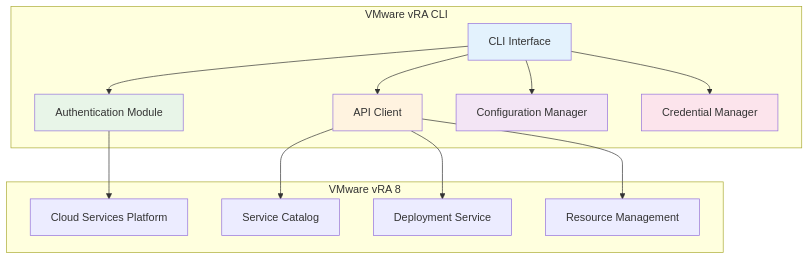
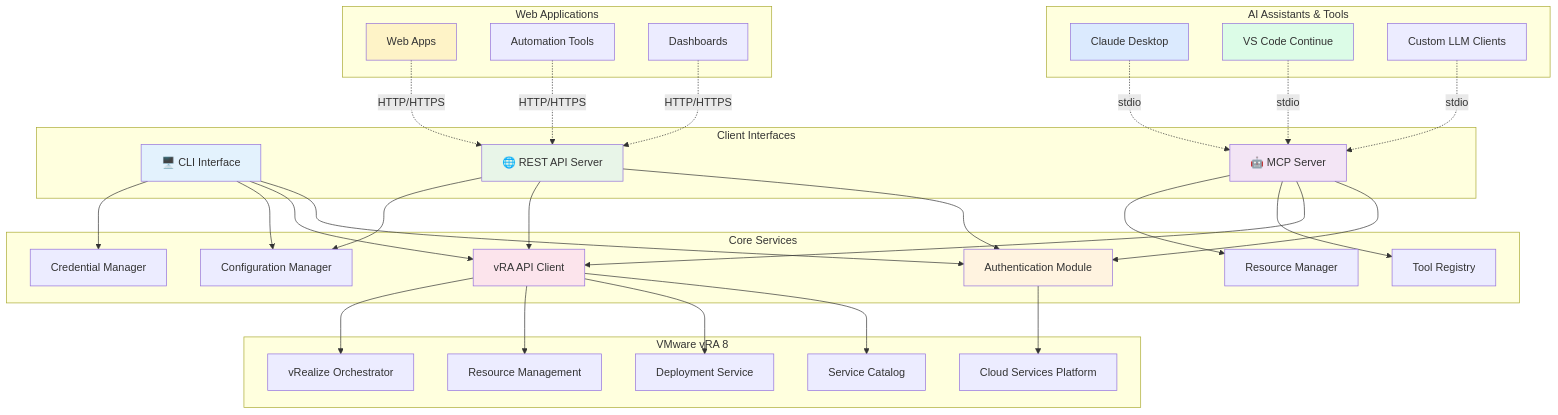
One commit to brunseba/tools-vmware-vra-cli changed the second of 2 diagrams in docs/index.md. Above: the diagram before and after it, drawn with Mermaid. The commit also changed other lines of this file and 2 other files, not shown here.

First line of the commit message:
docs: update documentation for multi-interface architecture

````diff
--- a/docs/index.md
+++ b/docs/index.md
@@ -89,33 +164,78 @@
 ```mermaid
 flowchart TB
-    subgraph "VMware vRA CLI"
-        CLI[CLI Interface]
+    subgraph "Client Interfaces"
+        CLI["🖥️ CLI Interface"]
+        MCP["🤖 MCP Server"]
+        REST["🌐 REST API Server"]
+    end
+    
+    subgraph "AI Assistants & Tools"
+        CLAUDE["Claude Desktop"]
+        VSCODE["VS Code Continue"]
+        CUSTOM["Custom LLM Clients"]
+    end
+    
+    subgraph "Web Applications"
+        WEBAPP["Web Apps"]
+        AUTOMATION["Automation Tools"]
+        DASHBOARD["Dashboards"]
+    end
+    
+    subgraph "Core Services"
         AUTH[Authentication Module]
-        API[API Client]
+        API[vRA API Client]
         CONFIG[Configuration Manager]
         CRED[Credential Manager]
+        TOOLS[Tool Registry]
+        RESOURCES[Resource Manager]
     end
     
     subgraph "VMware vRA 8"
         CSP[Cloud Services Platform]
         CAT[Service Catalog]
         DEP[Deployment Service]
         RES[Resource Management]
+        VRO[vRealize Orchestrator]
     end
     
+    %% Client connections
     CLI --> AUTH
     CLI --> API
     CLI --> CONFIG
     CLI --> CRED
     
+    MCP --> AUTH
+    MCP --> API
+    MCP --> TOOLS
+    MCP --> RESOURCES
+    
+    REST --> AUTH
+    REST --> API
+    REST --> CONFIG
+    
+    %% AI Assistant connections
+    CLAUDE -.->|stdio| MCP
+    VSCODE -.->|stdio| MCP
+    CUSTOM -.->|stdio| MCP
+    
+    %% Web Application connections
+    WEBAPP -.->|HTTP/HTTPS| REST
+    AUTOMATION -.->|HTTP/HTTPS| REST
+    DASHBOARD -.->|HTTP/HTTPS| REST
+    
+    %% Core service connections
     AUTH --> CSP
     API --> CAT
     API --> DEP
     API --> RES
+    API --> VRO
     
     style CLI fill:#e3f2fd
-    style AUTH fill:#e8f5e8
-    style API fill:#fff3e0
-    style CONFIG fill:#f3e5f5
-    style CRED fill:#fce4ec
+    style MCP fill:#f3e5f5
+    style REST fill:#e8f5e8
+    style AUTH fill:#fff3e0
+    style API fill:#fce4ec
+    style CLAUDE fill:#dbeafe
+    style VSCODE fill:#dcfce7
+    style WEBAPP fill:#fef3c7
 ```
````
